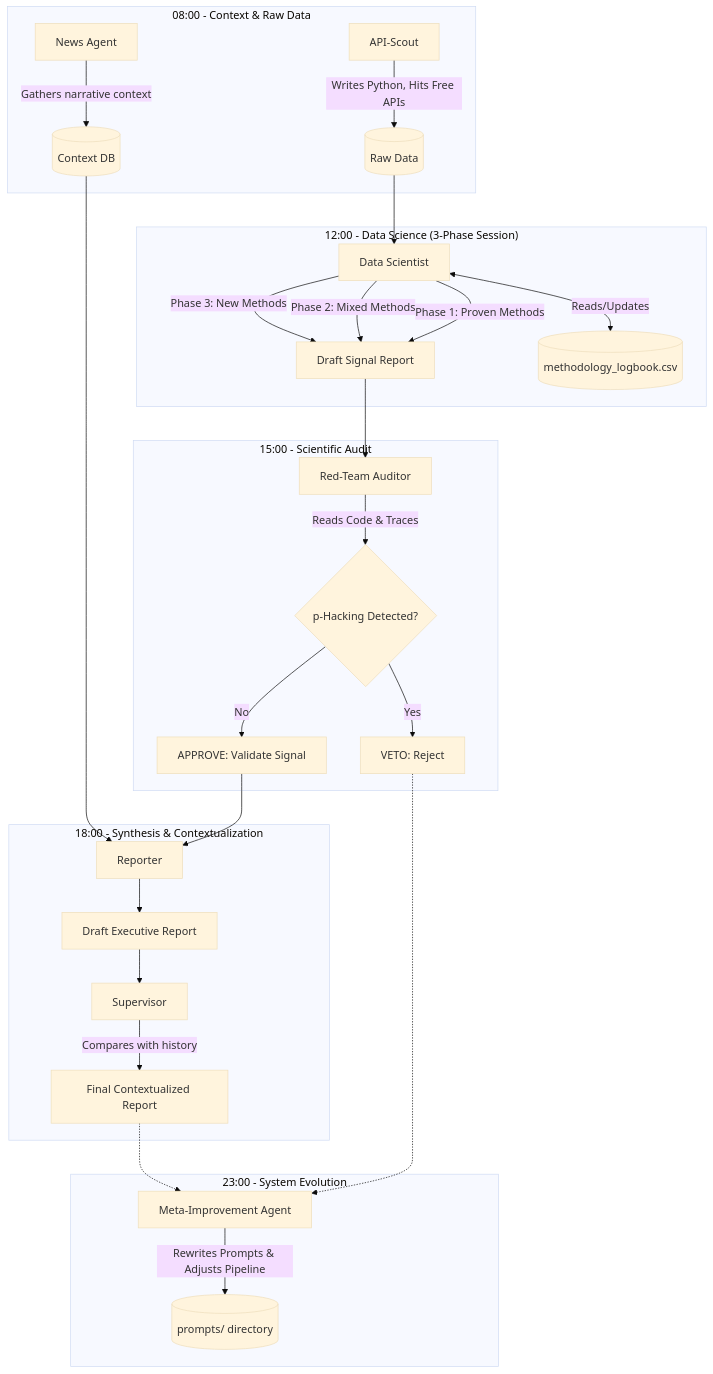
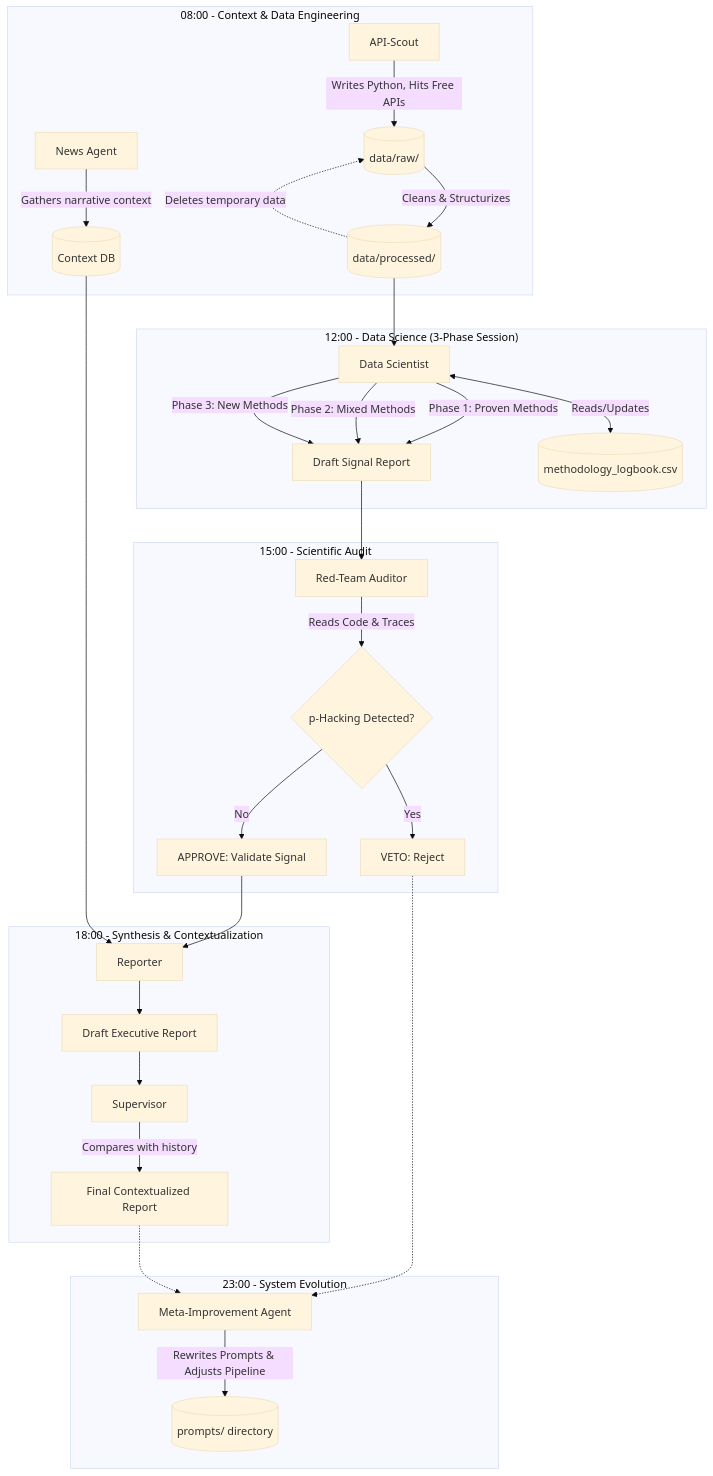
One commit to obwohl/game-intel changed the diagram in Ardem_Testbed_Design.md. Above: the diagram before and after it, drawn with Mermaid (base theme). The commit also changed other lines of this file and 2 other files, not shown here.

Commit message:
feat: implement persistent dual-layer data architecture for Ardem testbed
Updates the Ardem testbed design and agent prompts to establish a
persistent, structured data repository:
- Introduces `data/raw/` for temporary downloads and `data/processed/`
  for cleaned, historical data storage.
- Updates the API-Scout prompt to include data cleaning, structuring,
  and migration from raw to processed layers.
- Updates the Data Scientist prompt to focus on analyzing the entire
  historical dataset in `data/processed/` to build time-series, rather
  than just processing daily logs.
- Refines `Ardem_Testbed_Design.md` and the Mermaid diagram to reflect
  the new persistent data workflows.
- Fixes formatting issues with markdownlint.

````diff
--- a/Ardem_Testbed_Design.md
+++ b/Ardem_Testbed_Design.md
@@ -64,36 +71,38 @@
 ```mermaid
 graph TD
-    subgraph "08:00 - Context & Raw Data"
+    subgraph "08:00 - Context & Data Engineering"
         A[News Agent] -->|Gathers narrative context| B[(Context DB)]
-        C[API-Scout] -->|Writes Python, Hits Free APIs| D[(Raw Data)]
+        C[API-Scout] -->|Writes Python, Hits Free APIs| D[(data/raw/)]
+        D -->|Cleans & Structurizes| E[(data/processed/)]
+        E -.->|Deletes temporary data| D
     end
 
     subgraph "12:00 - Data Science (3-Phase Session)"
-        D --> E[Data Scientist]
-        E <-->|Reads/Updates| F[(methodology_logbook.csv)]
-        E -->|Phase 1: Proven Methods| G
-        E -->|Phase 2: Mixed Methods| G
-        E -->|Phase 3: New Methods| G[Draft Signal Report]
+        E --> F[Data Scientist]
+        F <-->|Reads/Updates| G[(methodology_logbook.csv)]
+        F -->|Phase 1: Proven Methods| H
+        F -->|Phase 2: Mixed Methods| H
+        F -->|Phase 3: New Methods| H[Draft Signal Report]
     end
 
     subgraph "15:00 - Scientific Audit"
-        G --> H[Red-Team Auditor]
-        H -->|Reads Code & Traces| I{p-Hacking Detected?}
-        I -- Yes --> J[VETO: Reject]
-        I -- No --> K[APPROVE: Validate Signal]
+        H --> I[Red-Team Auditor]
+        I -->|Reads Code & Traces| J{p-Hacking Detected?}
+        J -- Yes --> K[VETO: Reject]
+        J -- No --> L[APPROVE: Validate Signal]
     end
 
     subgraph "18:00 - Synthesis & Contextualization"
-        B --> L[Reporter]
-        K --> L
-        L --> M[Draft Executive Report]
-        M --> N[Supervisor]
-        N -->|Compares with history| O[Final Contextualized Report]
+        B --> M[Reporter]
+        L --> M
+        M --> N[Draft Executive Report]
+        N --> O[Supervisor]
+        O -->|Compares with history| P[Final Contextualized Report]
     end
 
     subgraph "23:00 - System Evolution"
-        J -.-> P
-        O -.-> P[Meta-Improvement Agent]
-        P -->|Rewrites Prompts & Adjusts Pipeline| Q[(prompts/ directory)]
+        K -.-> Q
+        P -.-> Q[Meta-Improvement Agent]
+        Q -->|Rewrites Prompts & Adjusts Pipeline| R[(prompts/ directory)]
     end
 ```
````
